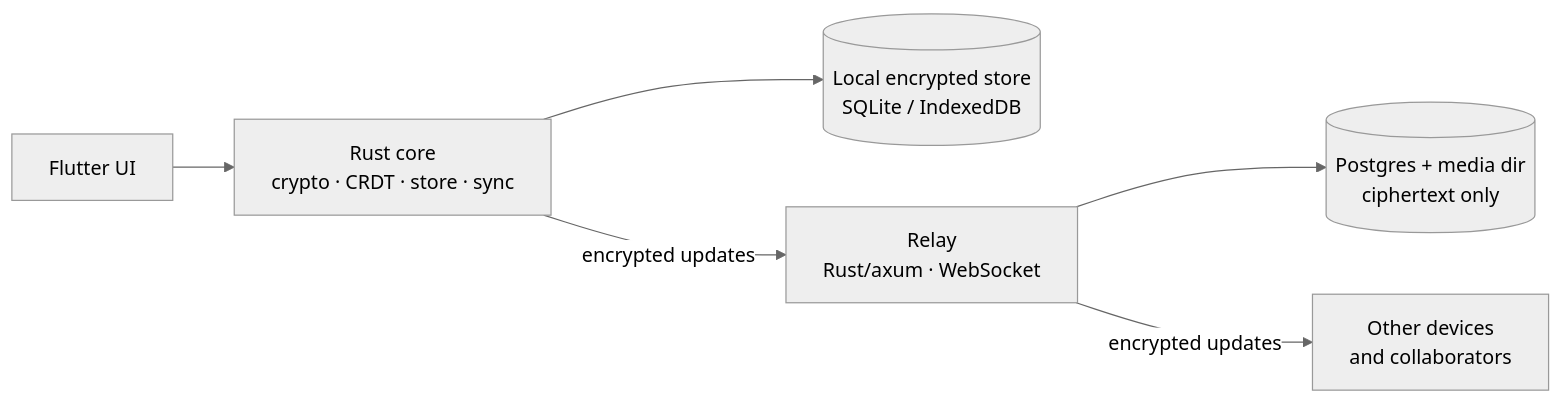
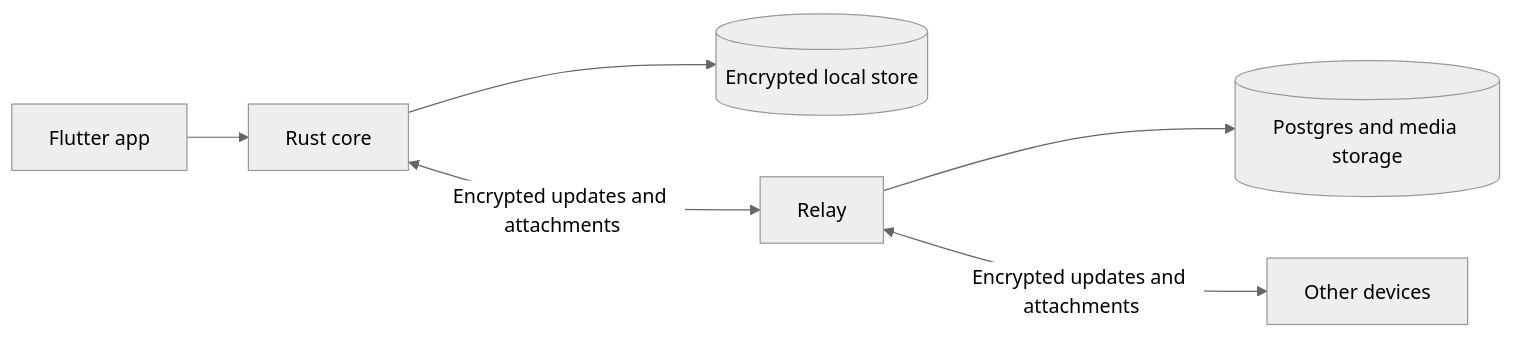
The diagram in README.md (daniel-daga/easynotes), drawn with Mermaid (neutral theme) before and after one commit. The commit also changed other lines of this file and 17 other files, not shown here.

````diff
--- a/README.md
+++ b/README.md
@@ -87,8 +158,8 @@
 ```mermaid
 flowchart LR
-  A[Flutter UI] --> B[Rust core<br/>crypto · CRDT · store · sync]
-  B --> C[(Local encrypted store<br/>SQLite / IndexedDB)]
-  B -- encrypted updates --> D[Relay<br/>Rust/axum · WebSocket]
-  D --> E[(Postgres + media dir<br/>ciphertext only)]
-  D -- encrypted updates --> F[Other devices<br/>and collaborators]
+  A[Flutter app] --> B[Rust core]
+  B --> C[(Encrypted local store)]
+  B <-->|Encrypted updates and attachments| D[Relay]
+  D --> E[(Postgres and media storage)]
+  D <-->|Encrypted updates and attachments| F[Other devices]
 ```
````
